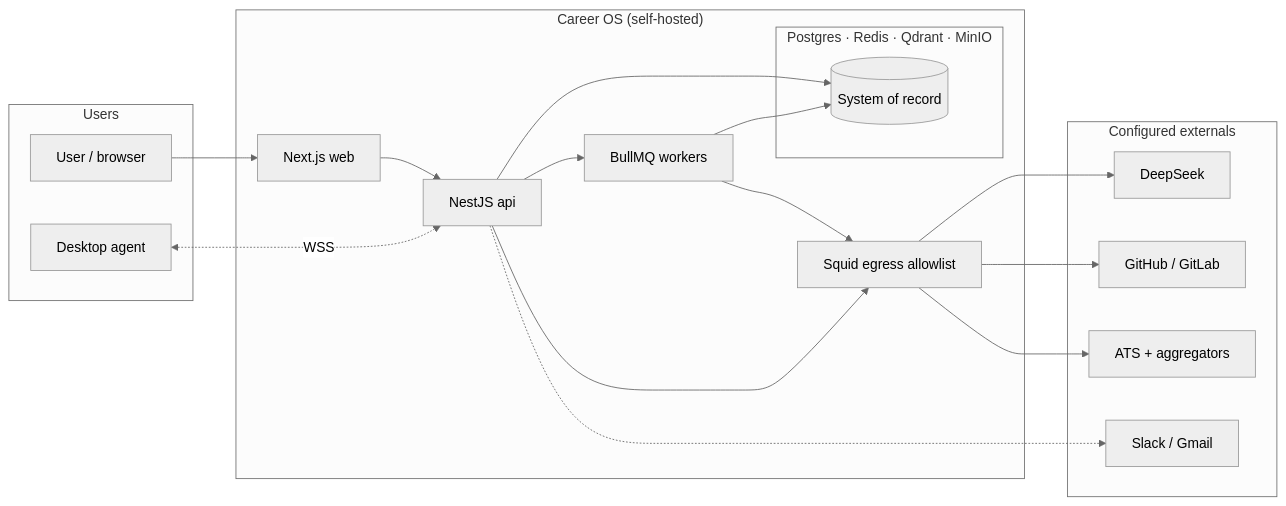
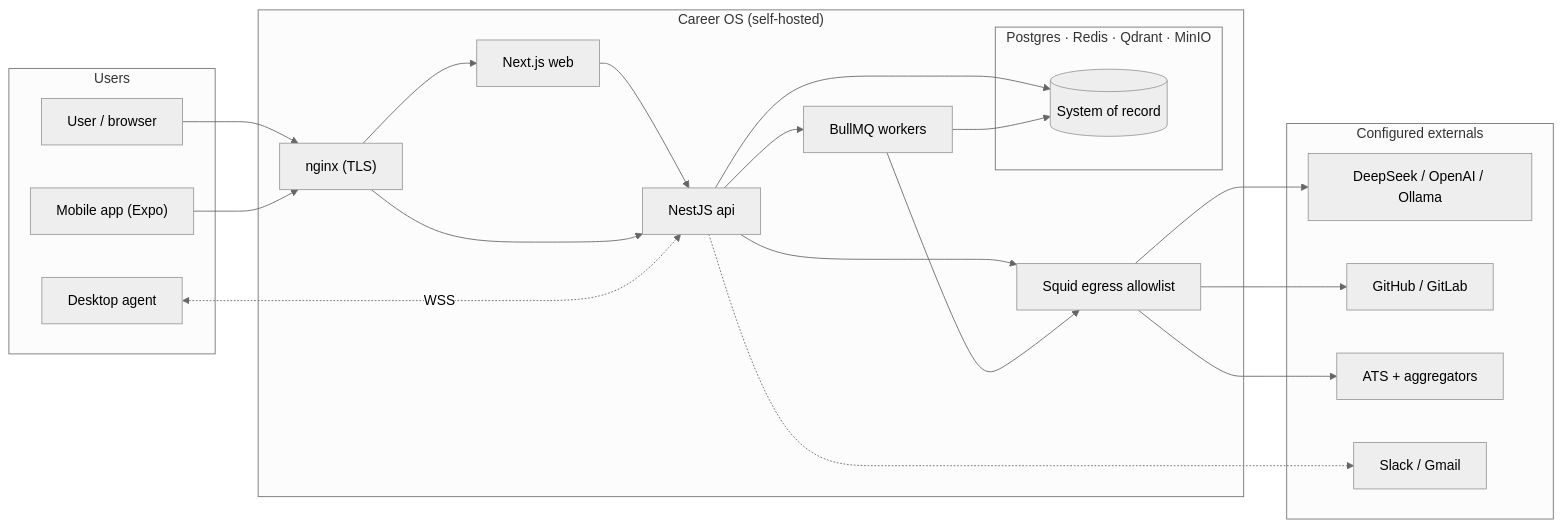
One commit to okayvignesh/careeros changed the diagram in docs/codebase/README.md. Above: the diagram before and after it, drawn with Mermaid (neutral theme). The commit also changed other lines of this file and 79 other files, not shown here.

````diff
--- a/docs/codebase/README.md
+++ b/docs/codebase/README.md
@@ -42,31 +42,36 @@
 ```mermaid
 flowchart LR
     subgraph Users
         U["User / browser"]
         D["Desktop agent"]
+        M["Mobile app (Expo)"]
     end
     subgraph Core["Career OS (self-hosted)"]
+        N["nginx (TLS)"]
         W["Next.js web"]
         A["NestJS api"]
         K["BullMQ workers"]
         subgraph Data["Postgres · Redis · Qdrant · MinIO"]
             P[("System of record")]
         end
         S["Squid egress allowlist"]
     end
     subgraph Ext["Configured externals"]
-        L["DeepSeek"]
+        L["DeepSeek / OpenAI / Ollama"]
         G["GitHub / GitLab"]
         J["ATS + aggregators"]
-        M["Slack / Gmail"]
+        Msg["Slack / Gmail"]
     end
-    U --> W --> A --> P
+    U --> N
+    N --> W --> A --> P
+    N --> A
+    M --> N
     A --> K --> P
     D <-.WSS.-> A
     A --> S
     K --> S
     S --> L
     S --> G
     S --> J
-    A -.-> M
+    A -.-> Msg
 ```
````
